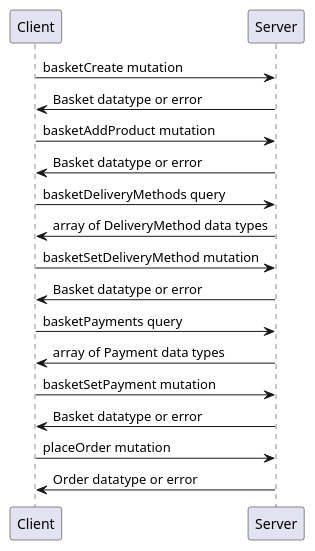
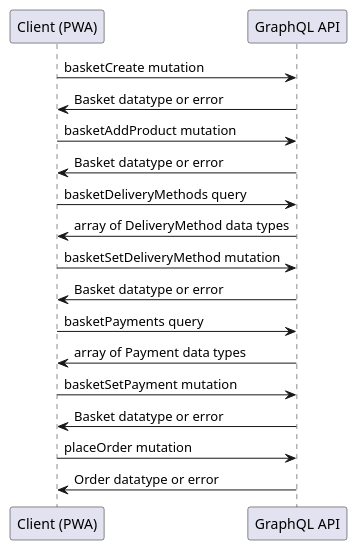
The diagram in docs/consuming/PlaceOrder.rst (OXID-eSales/graphql-base-module), drawn with PlantUML before and after one commit.

Commit message:
OXDEV-3976 change naming for participants in diagramm

```diff
--- a/docs/consuming/PlaceOrder.rst
+++ b/docs/consuming/PlaceOrder.rst
@@ -15,17 +15,17 @@
 .. uml::
    :align: center
 
-   Client -> Server: basketCreate mutation
-   Client <- Server: Basket datatype or error
-   Client -> Server: basketAddProduct mutation
-   Client <- Server: Basket datatype or error
-   Client -> Server: basketDeliveryMethods query
-   Client <- Server: array of DeliveryMethod data types
-   Client -> Server: basketSetDeliveryMethod mutation
-   Client <- Server: Basket datatype or error
-   Client -> Server: basketPayments query
-   Client <- Server: array of Payment data types
-   Client -> Server: basketSetPayment mutation
-   Client <- Server: Basket datatype or error
-   Client -> Server: placeOrder mutation
-   Client <- Server: Order datatype or error
+   "Client (PWA)" -> "GraphQL API": basketCreate mutation
+   "Client (PWA)" <- "GraphQL API": Basket datatype or error
+   "Client (PWA)" -> "GraphQL API": basketAddProduct mutation
+   "Client (PWA)" <- "GraphQL API": Basket datatype or error
+   "Client (PWA)" -> "GraphQL API": basketDeliveryMethods query
+   "Client (PWA)" <- "GraphQL API": array of DeliveryMethod data types
+   "Client (PWA)" -> "GraphQL API": basketSetDeliveryMethod mutation
+   "Client (PWA)" <- "GraphQL API": Basket datatype or error
+   "Client (PWA)" -> "GraphQL API": basketPayments query
+   "Client (PWA)" <- "GraphQL API": array of Payment data types
+   "Client (PWA)" -> "GraphQL API": basketSetPayment mutation
+   "Client (PWA)" <- "GraphQL API": Basket datatype or error
+   "Client (PWA)" -> "GraphQL API": placeOrder mutation
+   "Client (PWA)" <- "GraphQL API": Order datatype or error
```
